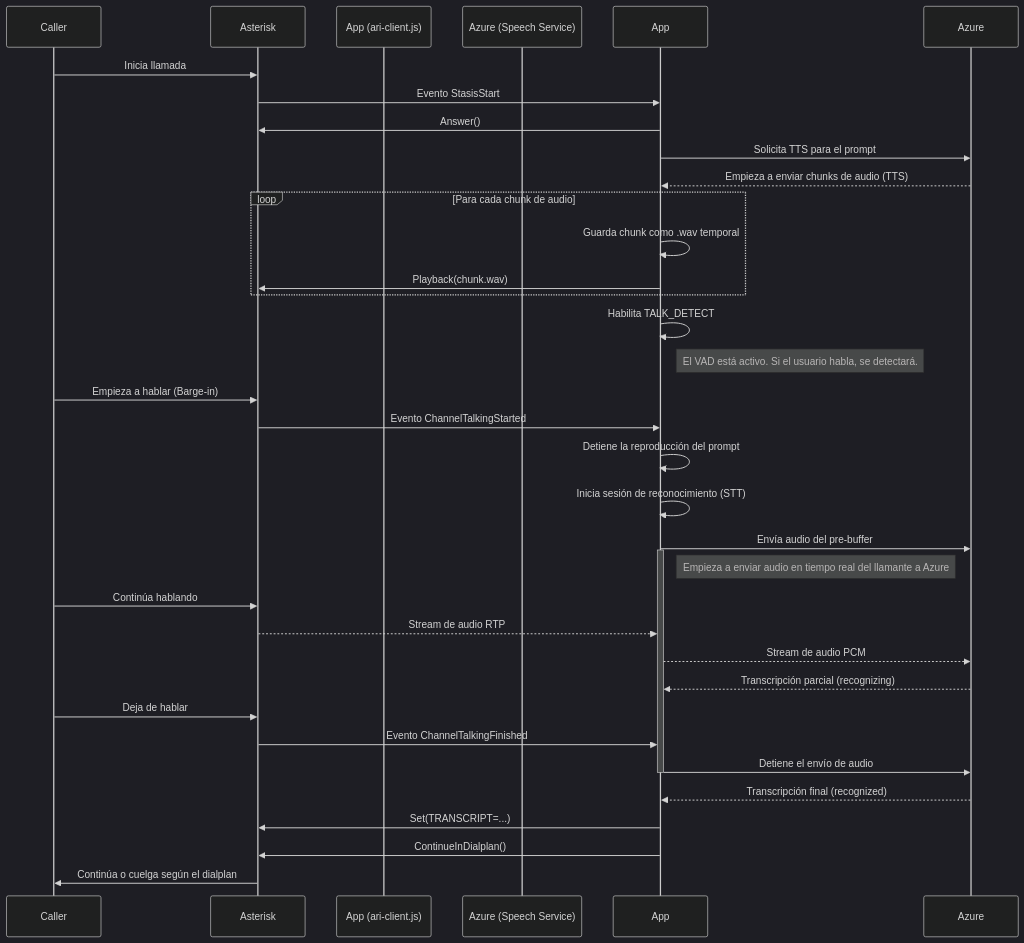
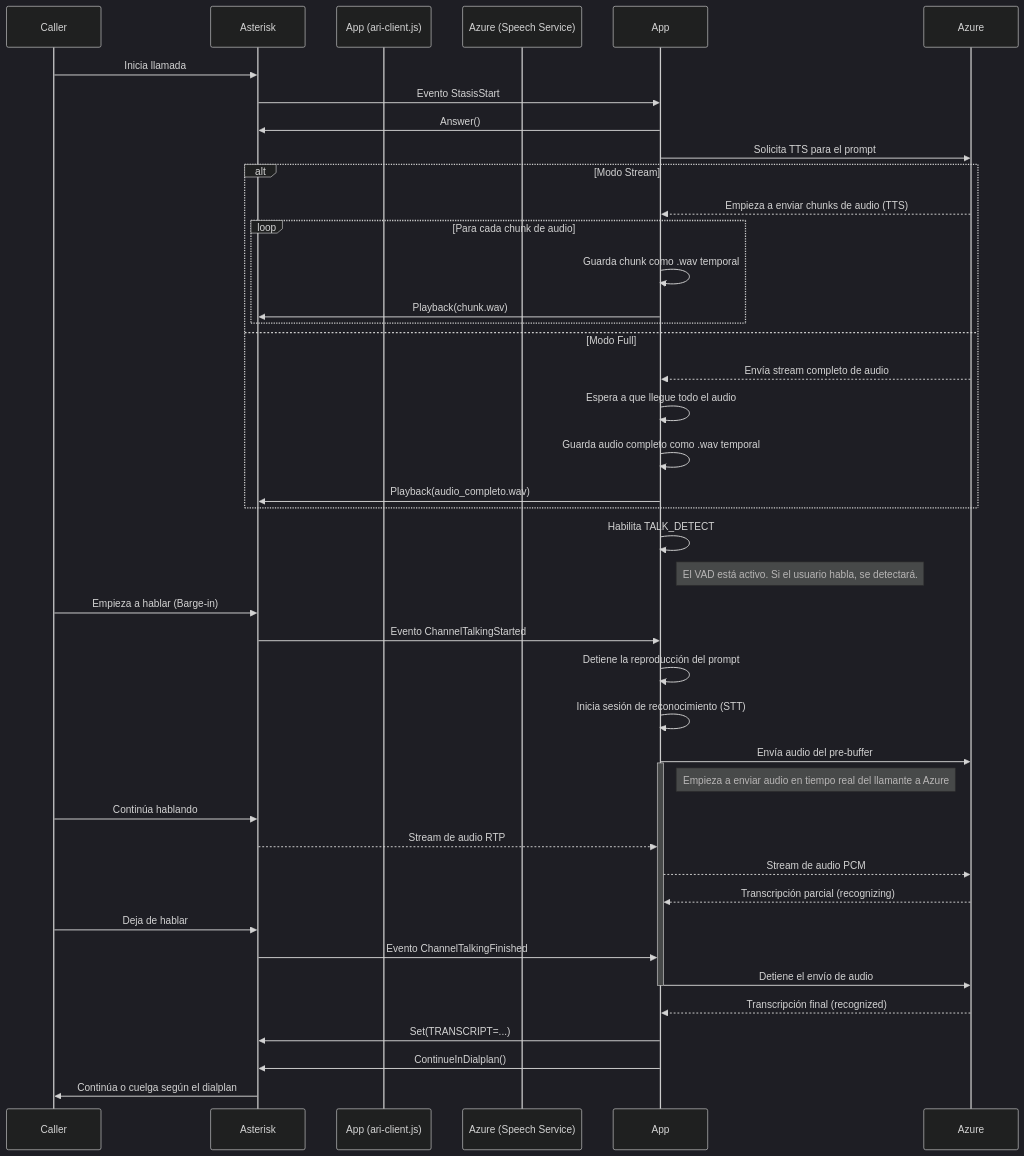
One commit to egorky/ARI-STT-TTS-Azure-Realtime changed the second of 2 diagrams in docs/01-architecture.md. Above: the diagram before and after it, drawn with Mermaid (dark theme). The commit also changed other lines of this file and 8 other files, not shown here.

First line of the commit message:
feat: Implement Azure detailed format and configurable TTS playback

````diff
--- a/docs/01-architecture.md
+++ b/docs/01-architecture.md
@@ -54,51 +55,57 @@
 ```mermaid
 sequenceDiagram
     participant Caller
     participant Asterisk
     participant App (ari-client.js)
     participant Azure (Speech Service)
 
     Caller->>Asterisk: Inicia llamada
     Asterisk->>App: Evento StasisStart
     App->>Asterisk: Answer()
     App->>Azure: Solicita TTS para el prompt
 
-    Azure-->>App: Empieza a enviar chunks de audio (TTS)
-
-    loop Para cada chunk de audio
-        App->>App: Guarda chunk como .wav temporal
-        App->>Asterisk: Playback(chunk.wav)
+    alt Modo Stream
+        Azure-->>App: Empieza a enviar chunks de audio (TTS)
+        loop Para cada chunk de audio
+            App->>App: Guarda chunk como .wav temporal
+            App->>Asterisk: Playback(chunk.wav)
+        end
+    else Modo Full
+        Azure-->>App: Envía stream completo de audio
+        App->>App: Espera a que llegue todo el audio
+        App->>App: Guarda audio completo como .wav temporal
+        App->>Asterisk: Playback(audio_completo.wav)
     end
 
     App->>App: Habilita TALK_DETECT
     Note right of App: El VAD está activo. Si el usuario habla, se detectará.
 
     Caller->>Asterisk: Empieza a hablar (Barge-in)
     Asterisk->>App: Evento ChannelTalkingStarted
 
     App->>App: Detiene la reproducción del prompt
     App->>App: Inicia sesión de reconocimiento (STT)
     App->>Azure: Envía audio del pre-buffer
 
     activate App
     Note right of App: Empieza a enviar audio en tiempo real del llamante a Azure
 
     Caller->>Asterisk: Continúa hablando
     Asterisk-->>App: Stream de audio RTP
     App-->>Azure: Stream de audio PCM
 
     Azure-->>App: Transcripción parcial (recognizing)
 
     Caller->>Asterisk: Deja de hablar
     Asterisk->>App: Evento ChannelTalkingFinished
 
     App->>Azure: Detiene el envío de audio
     deactivate App
 
     Azure-->>App: Transcripción final (recognized)
 
     App->>Asterisk: Set(TRANSCRIPT=...)
     App->>Asterisk: ContinueInDialplan()
 
     Asterisk->>Caller: Continúa o cuelga según el dialplan
 ```
````
